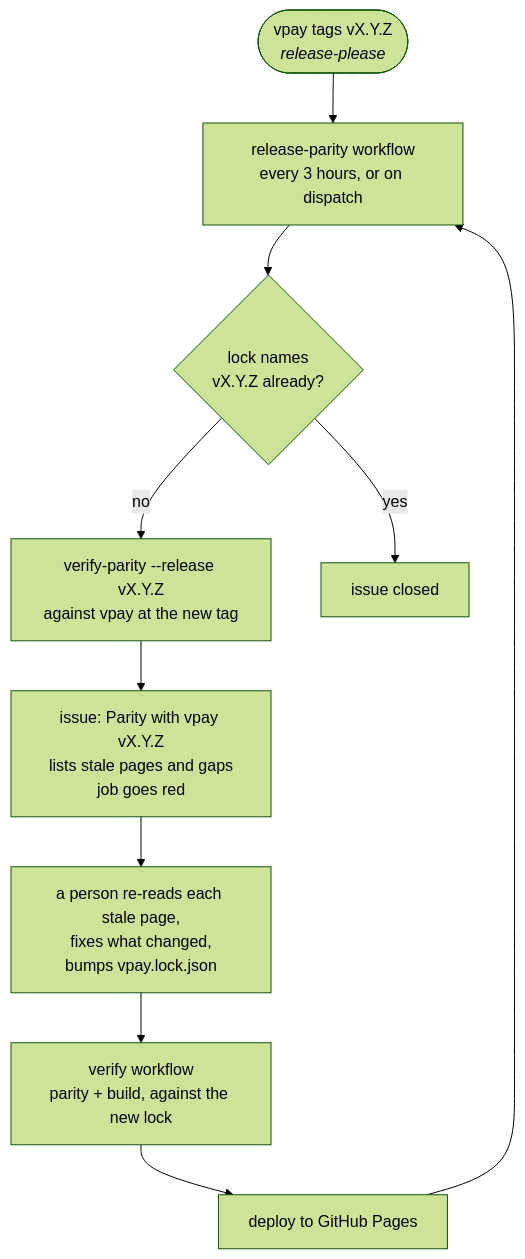
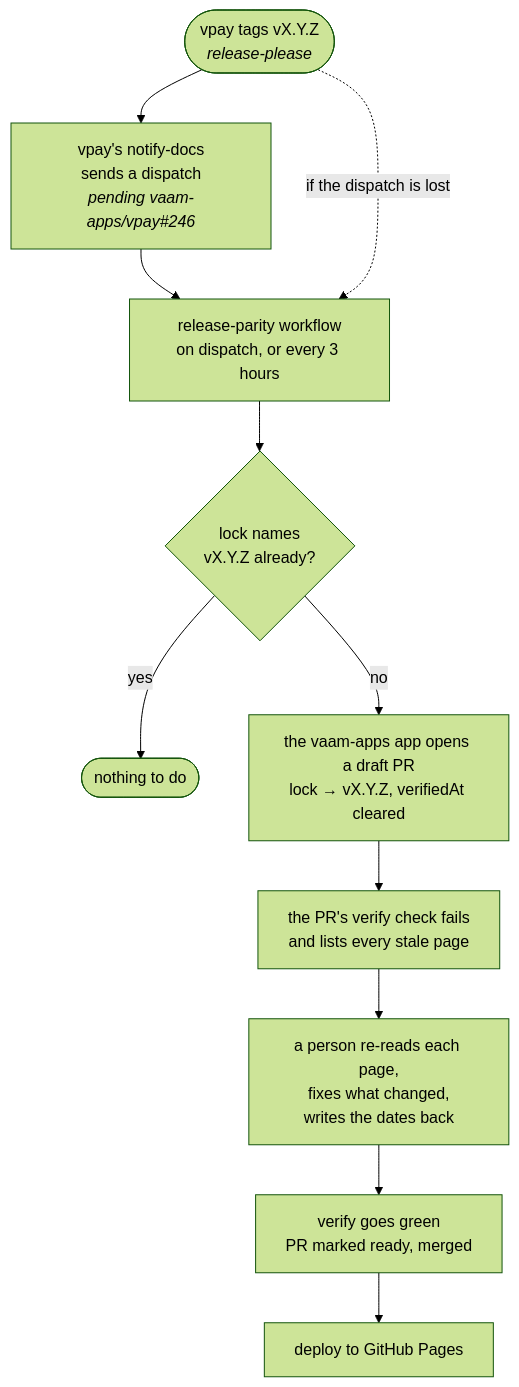
Before and after one commit to vaam-apps/vpay-docs: the diagram in docs/about/parity.md, drawn with Mermaid (forest theme). The commit also changed other lines of this file and 6 other files, not shown here.

First line of the commit message:
feat: open a draft parity PR per vpay release, with the vaam-apps app

````diff
--- a/docs/about/parity.md
+++ b/docs/about/parity.md
@@ -26,15 +26,18 @@
 ```mermaid
 flowchart TD
   tag(["vpay tags vX.Y.Z<br/><i>release-please</i>"])
-  poll["release-parity workflow<br/>every 3 hours, or on dispatch"]
+  notify["vpay's notify-docs<br/>sends a dispatch<br/><i>pending vaam-apps/vpay#246</i>"]
+  poll["release-parity workflow<br/>on dispatch, or every 3 hours"]
   same{"lock names<br/>vX.Y.Z already?"}
-  gate["verify-parity --release vX.Y.Z<br/>against vpay at the new tag"]
-  issue["issue: Parity with vpay vX.Y.Z<br/>lists stale pages and gaps<br/>job goes red"]
-  pr["a person re-reads each stale page,<br/>fixes what changed,<br/>bumps vpay.lock.json"]
-  ci["verify workflow<br/>parity + build, against the new lock"]
+  done(["nothing to do"])
+  bot["the vaam-apps app opens a draft PR<br/>lock → vX.Y.Z, verifiedAt cleared"]
+  red["the PR's verify check fails<br/>and lists every stale page"]
+  person["a person re-reads each page,<br/>fixes what changed,<br/>writes the dates back"]
+  green["verify goes green<br/>PR marked ready, merged"]
   deploy["deploy to GitHub Pages"]
-  close["issue closed"]
-  tag --> poll --> same
-  same -- yes --> close
-  same -- no --> gate --> issue --> pr --> ci --> deploy --> poll
+  tag --> notify --> poll
+  tag -. "if the dispatch is lost" .-> poll
+  poll --> same
+  same -- yes --> done
+  same -- no --> bot --> red --> person --> green --> deploy
 ```
````
